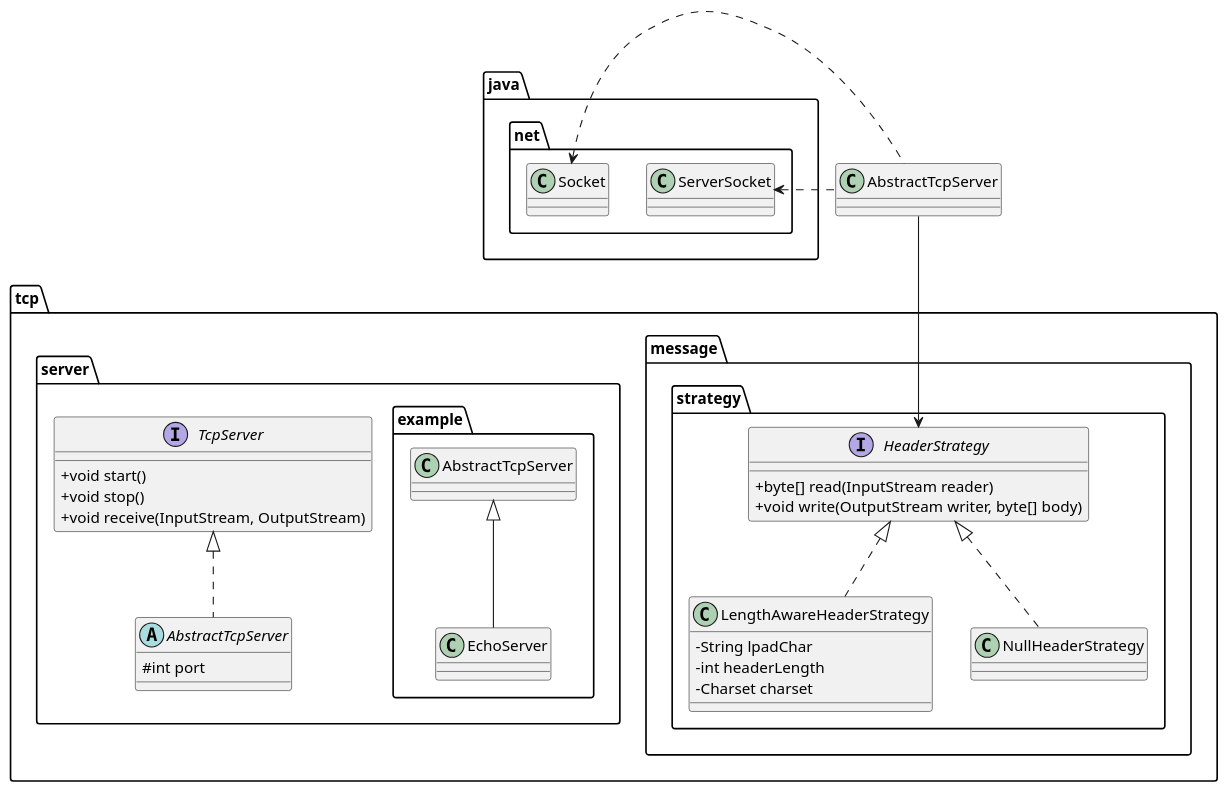
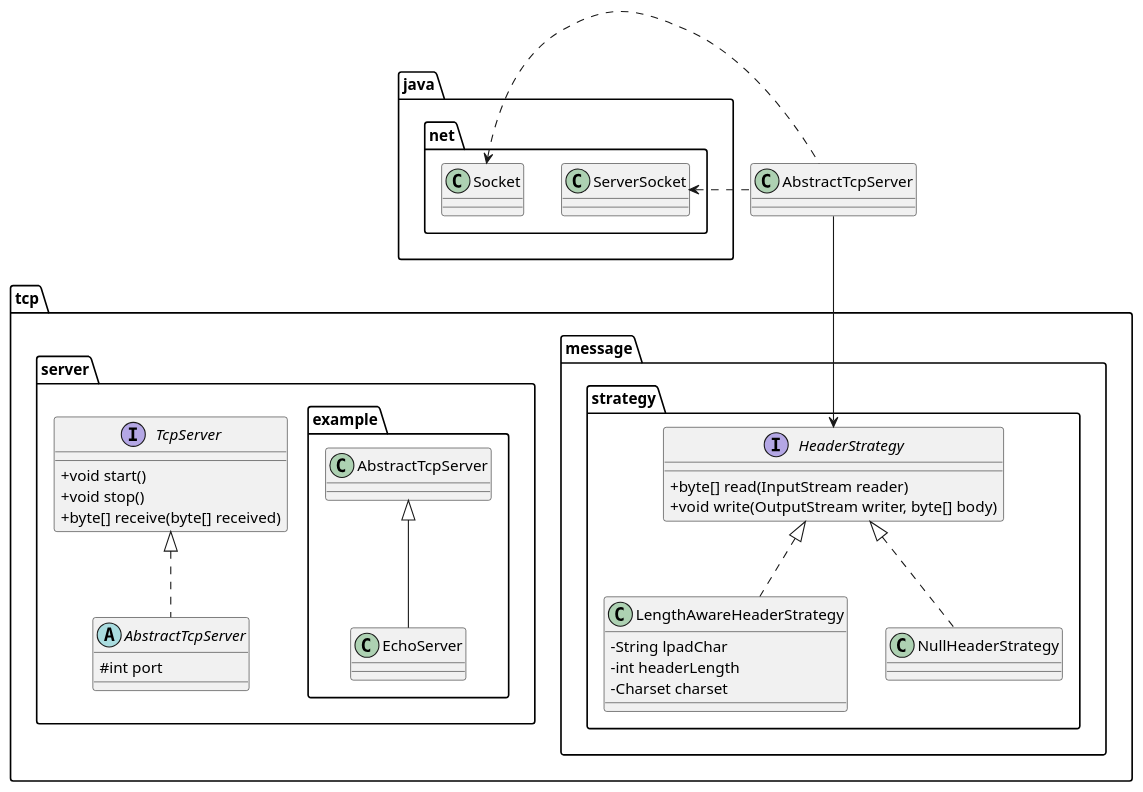
Before and after one commit to meshkorea/vroong-tcplibrary: the diagram in docs/tcp-server.puml, drawn with PlantUML. The commit also changed 7 other files, not shown here.

Commit message:
TcpServer 인터페이스 변경 - void receive(InputStream reader, OutputStream writer) -> byte[] receive(byte[] received)

```diff
--- a/docs/tcp-server.puml
+++ b/docs/tcp-server.puml
@@ -1,49 +1,49 @@
 @startuml
 
 skinparam ClassAttributeIconSize 0
 
 package tcp {
   package message {
     package strategy {
       interface HeaderStrategy {
         + byte[] read(InputStream reader)
         + void write(OutputStream writer, byte[] body)
       }
 
       class LengthAwareHeaderStrategy implements HeaderStrategy {
         - String lpadChar
         - int headerLength
         - Charset charset
       }
 
       class NullHeaderStrategy implements HeaderStrategy
     }
   }
 
   package server {
     interface TcpServer {
       + void start()
       + void stop()
-      + void receive(InputStream, OutputStream)
+      + byte[] receive(byte[] received)
     }
 
     abstract class AbstractTcpServer implements TcpServer {
       # int port
     }
 
     package example {
       class EchoServer extends AbstractTcpServer {}
     }
   }
 }
 
 package java.net {
   class ServerSocket
   class Socket
 }
 
 AbstractTcpServer .left.> ServerSocket
 AbstractTcpServer .left.> Socket
 AbstractTcpServer --> HeaderStrategy
 
 @enduml
```
